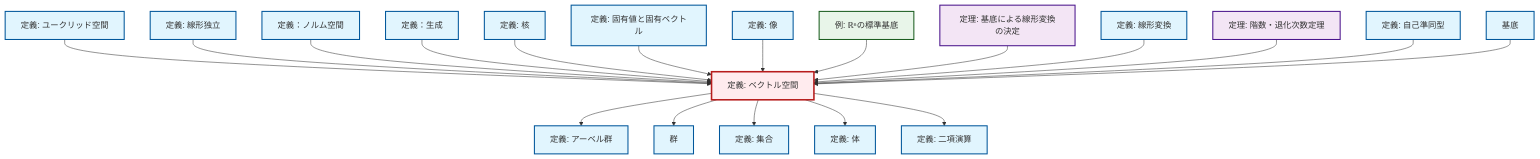
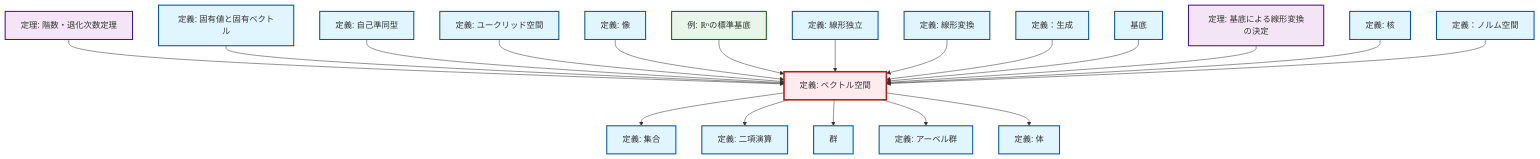
One commit to RK0429/ModernMath changed the diagram in content/ja/algebra/def-vector-space.qmd. Above: the diagram before and after it, drawn with Mermaid. The commit also changed other lines of this file and 328 other files, not shown here.

````diff
--- a/content/ja/algebra/def-vector-space.qmd
+++ b/content/ja/algebra/def-vector-space.qmd
@@ -56,65 +56,65 @@
 ```{mermaid}
 %%| fig-cap: "ローカル依存関係グラフ"
 graph TD
     classDef definition fill:#e1f5fe,stroke:#01579b,stroke-width:2px
     classDef theorem fill:#f3e5f5,stroke:#4a148c,stroke-width:2px
     classDef axiom fill:#fff3e0,stroke:#e65100,stroke-width:2px
     classDef example fill:#e8f5e9,stroke:#1b5e20,stroke-width:2px
     classDef current fill:#ffebee,stroke:#b71c1c,stroke-width:3px
-    def-span["定義：生成"]:::definition
     def-endomorphism["定義: 自己準同型"]:::definition
+    def-basis["基底"]:::definition
+    def-vector-space["定義: ベクトル空間"]:::definition
+    def-linear-independence["定義: 線形独立"]:::definition
+    def-euclidean-space["定義: ユークリッド空間"]:::definition
+    def-abelian-group["定義: アーベル群"]:::definition
+    def-normed-vector-space["定義：ノルム空間"]:::definition
+    def-eigenvalue-eigenvector["定義: 固有値と固有ベクトル"]:::definition
+    def-image["定義: 像"]:::definition
     def-field["定義: 体"]:::definition
+    def-kernel["定義: 核"]:::definition
+    def-group["群"]:::definition
+    thm-linear-transformation-basis["定理: 基底による線形変換の決定"]:::theorem
+    def-linear-transformation["定義: 線形変換"]:::definition
+    def-set["定義: 集合"]:::definition
     ex-standard-basis-rn["例: ℝⁿの標準基底"]:::example
-    thm-linear-transformation-basis["定理: 基底による線形変換の決定"]:::theorem
-    def-euclidean-space["定義: ユークリッド空間"]:::definition
-    def-set["定義: 集合"]:::definition
-    def-eigenvalue-eigenvector["定義: 固有値と固有ベクトル"]:::definition
-    def-linear-transformation["定義: 線形変換"]:::definition
-    def-kernel["定義: 核"]:::definition
-    def-vector-space["定義: ベクトル空間"]:::definition
-    def-abelian-group["定義: アーベル群"]:::definition
     thm-rank-nullity["定理: 階数・退化次数定理"]:::theorem
     def-binary-operation["定義: 二項演算"]:::definition
-    def-linear-independence["定義: 線形独立"]:::definition
-    def-group["群"]:::definition
-    def-normed-vector-space["定義：ノルム空間"]:::definition
-    def-basis["基底"]:::definition
-    def-image["定義: 像"]:::definition
-    def-vector-space --> def-abelian-group
+    def-span["定義：生成"]:::definition
+    def-vector-space --> def-set
+    thm-rank-nullity --> def-vector-space
+    def-eigenvalue-eigenvector --> def-vector-space
+    def-endomorphism --> def-vector-space
+    def-vector-space --> def-binary-operation
     def-euclidean-space --> def-vector-space
-    def-linear-independence --> def-vector-space
-    def-normed-vector-space --> def-vector-space
-    def-span --> def-vector-space
-    def-kernel --> def-vector-space
-    def-eigenvalue-eigenvector --> def-vector-space
     def-image --> def-vector-space
     ex-standard-basis-rn --> def-vector-space
+    def-linear-independence --> def-vector-space
+    def-linear-transformation --> def-vector-space
+    def-span --> def-vector-space
     def-vector-space --> def-group
+    def-vector-space --> def-abelian-group
+    def-basis --> def-vector-space
     thm-linear-transformation-basis --> def-vector-space
-    def-linear-transformation --> def-vector-space
-    thm-rank-nullity --> def-vector-space
-    def-endomorphism --> def-vector-space
-    def-vector-space --> def-set
+    def-kernel --> def-vector-space
+    def-normed-vector-space --> def-vector-space
     def-vector-space --> def-field
-    def-vector-space --> def-binary-operation
-    def-basis --> def-vector-space
     class def-vector-space current
-    click def-span "def-span.html" "定義：生成へ"
     click def-endomorphism "def-endomorphism.html" "自己準同型の定義へ"
+    click def-basis "def-basis.html" "基底へ"
+    click def-linear-independence "def-linear-independence.html" "線形独立の定義へ"
+    click def-euclidean-space "def-euclidean-space.html" "ユークリッド空間の定義へ"
+    click def-abelian-group "def-abelian-group.html" "アーベル群の定義へ"
+    click def-normed-vector-space "def-normed-vector-space.html" "定義：ノルム空間へ"
+    click def-eigenvalue-eigenvector "def-eigenvalue-eigenvector.html" "固有値と固有ベクトルの定義へ"
+    click def-image "def-image.html" "像の定義へ"
     click def-field "def-field.html" "体の定義へ"
+    click def-kernel "def-kernel.html" "核の定義へ"
+    click def-group "def-group.html" "群へ"
+    click thm-linear-transformation-basis "thm-linear-transformation-basis.html" "基底による線形変換の決定の定理へ"
+    click def-linear-transformation "def-linear-transformation.html" "線形変換の定義へ"
+    click def-set "def-set.html" "集合の定義へ"
     click ex-standard-basis-rn "ex-standard-basis-rn.html" "ℝⁿの標準基底の例へ"
-    click thm-linear-transformation-basis "thm-linear-transformation-basis.html" "基底による線形変換の決定の定理へ"
-    click def-euclidean-space "def-euclidean-space.html" "ユークリッド空間の定義へ"
-    click def-set "def-set.html" "集合の定義へ"
-    click def-eigenvalue-eigenvector "def-eigenvalue-eigenvector.html" "固有値と固有ベクトルの定義へ"
-    click def-linear-transformation "def-linear-transformation.html" "線形変換の定義へ"
-    click def-kernel "def-kernel.html" "核の定義へ"
-    click def-abelian-group "def-abelian-group.html" "アーベル群の定義へ"
     click thm-rank-nullity "thm-rank-nullity.html" "階数・退化次数定理の定理へ"
     click def-binary-operation "def-binary-operation.html" "二項演算の定義へ"
-    click def-linear-independence "def-linear-independence.html" "線形独立の定義へ"
-    click def-group "def-group.html" "群へ"
-    click def-normed-vector-space "def-normed-vector-space.html" "定義：ノルム空間へ"
-    click def-basis "def-basis.html" "基底へ"
-    click def-image "def-image.html" "像の定義へ"
+    click def-span "def-span.html" "定義：生成へ"
 ```
````
